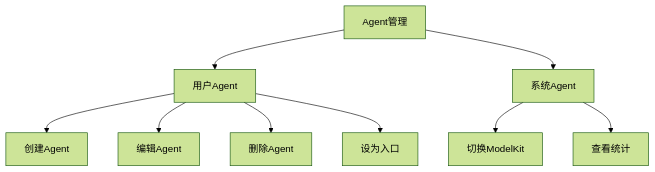
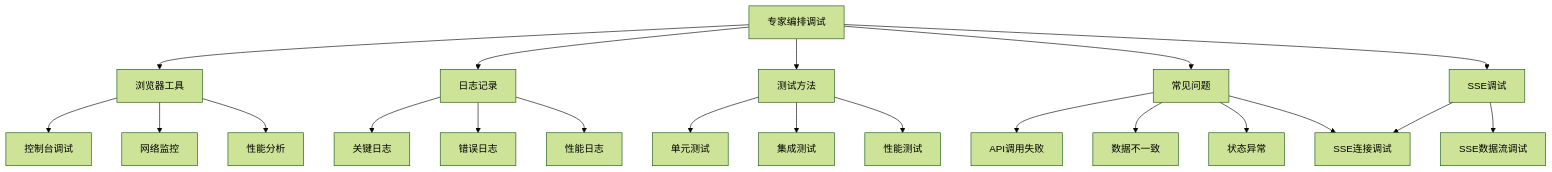
Diagram 21 of 22 in .qoder/repowiki/zh/content/Web 前端应用/Web 前端应用.md (coconilu/RepoHelm), drawn with Mermaid (forest theme) before and after one commit. The commit also changed other lines of this file and 14 other files, not shown here.

````diff
--- a/.qoder/repowiki/zh/content/Web 前端应用/Web 前端应用.md
+++ b/.qoder/repowiki/zh/content/Web 前端应用/Web 前端应用.md
@@ -1015,11 +1424,23 @@
 ```mermaid
 flowchart TD
-AgentManagement["Agent管理"] --> UserAgents["用户Agent"]
-AgentManagement --> SystemAgents["系统Agent"]
-UserAgents --> CreateAgent["创建Agent"]
-UserAgents --> EditAgent["编辑Agent"]
-UserAgents --> DeleteAgent["删除Agent"]
-UserAgents --> SetEntry["设为入口"]
-SystemAgents --> SwitchKit["切换ModelKit"]
-SystemAgents --> ViewStats["查看统计"]
+Debugging["专家编排调试"] --> BrowserTools["浏览器工具"]
+Debugging --> Logging["日志记录"]
+Debugging --> Testing["测试方法"]
+Debugging --> CommonIssues["常见问题"]
+Debugging --> SSEDebugging["SSE调试"]
+BrowserTools --> Console["控制台调试"]
+BrowserTools --> Network["网络监控"]
+BrowserTools --> Performance["性能分析"]
+Logging --> KeyLogs["关键日志"]
+Logging --> ErrorLogs["错误日志"]
+Logging --> PerformanceLogs["性能日志"]
+Testing --> UnitTests["单元测试"]
+Testing --> IntegrationTests["集成测试"]
+Testing --> PerformanceTests["性能测试"]
+CommonIssues --> APICalls["API调用失败"]
+CommonIssues --> DataInconsistency["数据不一致"]
+CommonIssues --> StateAbnormality["状态异常"]
+CommonIssues --> SSEConnection["SSE连接问题"]
+SSEDebugging --> SSEConnection["SSE连接调试"]
+SSEDebugging --> SSEDataFlow["SSE数据流调试"]
 ```
````
